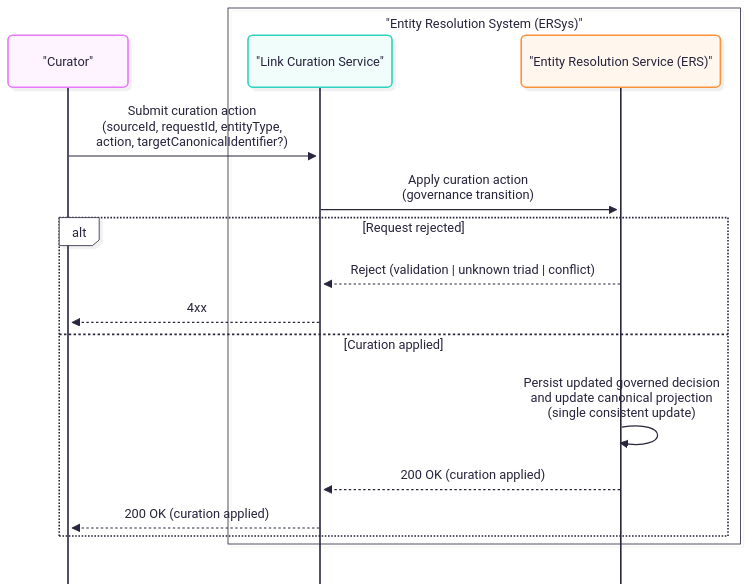
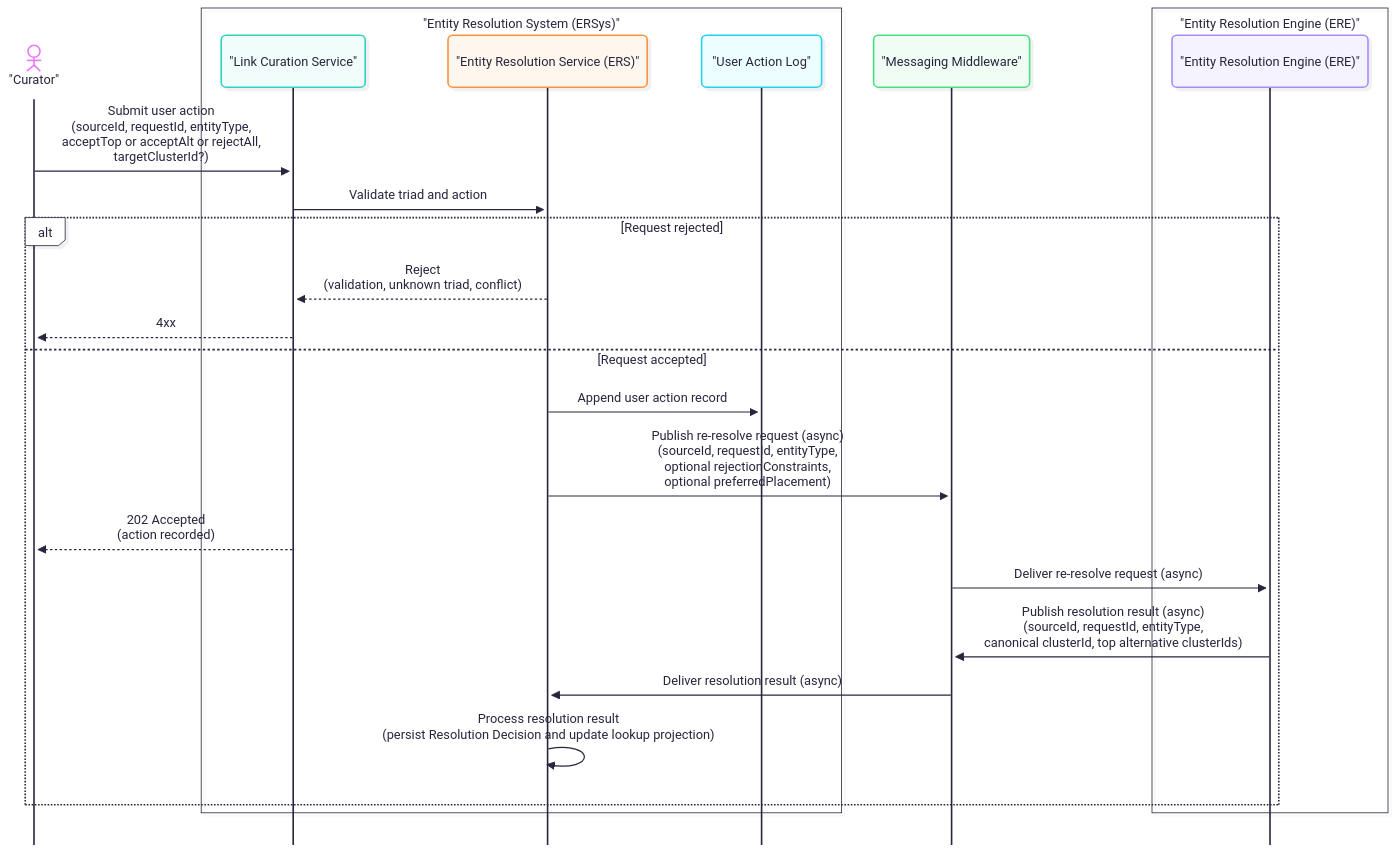
The diagram in docs/architecture/sequence_diagrams/spine-D-Curation-loop(simplified).mmd (OP-TED/entity-resolution-spec), drawn with Mermaid before and after one commit. The commit also changed 11 other files, not shown here.

First line of the commit message:
update sequence diagrams

```diff
--- a/docs/architecture/sequence_diagrams/spine-D-Curation-loop(simplified).mmd
+++ b/docs/architecture/sequence_diagrams/spine-D-Curation-loop(simplified).mmd
@@ -1,36 +1,46 @@
 ---
 config:
   look: neo
   theme: redux-color
   mirrorActors: false
   sequence:
     bottomMarginAdj: 0.1
 ---
 sequenceDiagram
-%% Maps to EA diagram: UML Sequence (Spine D – simplified, governance-complete)
-%% Purpose: curator governance action results in updated governed decision and updated canonical projection.
-%% Excludes: store-level choreography, UI browsing, ERE/messaging.
+%% Maps to EA diagram: UML Sequence (Spine D)
+%% Purpose: curator submits a user action (acceptTop, acceptAlt, rejectAll) that is logged and forwarded to ERE
+%% Focus: user action log, async re-resolve, later UI refresh when results arrive
+%% Excludes: decision browsing, detailed store choreography, scoring internals
 
-participant Curator as "Curator"
+actor Curator as "Curator"
 
 box "Entity Resolution System (ERSys)"
     participant LinkCurationSvc as "Link Curation Service"
     participant ERS as "Entity Resolution Service (ERS)"
+    participant UserActionLog as "User Action Log"
 end
 
-Curator ->> LinkCurationSvc: Submit curation action<br/>(sourceId, requestId, entityType,<br/>action, targetCanonicalIdentifier?)
-LinkCurationSvc ->> ERS: Apply curation action <br> (governance transition)
+participant MessagingMiddleware as "Messaging Middleware"
+
+box "Entity Resolution Engine (ERE)"
+    participant ERE as "Entity Resolution Engine (ERE)"
+end
+
+Curator ->> LinkCurationSvc: Submit user action<br/>(sourceId, requestId, entityType,<br/>acceptTop or acceptAlt or rejectAll,<br/>targetClusterId?)
+LinkCurationSvc ->> ERS: Validate triad and action
 
 alt Request rejected
-    ERS -->> LinkCurationSvc: Reject (validation | unknown triad | conflict)
+    ERS -->> LinkCurationSvc: Reject<br/>(validation, unknown triad, conflict)
     LinkCurationSvc -->> Curator: 4xx
-else Curation applied
-    ERS ->> ERS: Persist updated governed decision<br/>and update canonical projection <br> (single consistent update)
-    ERS -->> LinkCurationSvc: 200 OK (curation applied)
-    LinkCurationSvc -->> Curator: 200 OK (curation applied)
+else Request accepted
+    ERS ->> UserActionLog: Append user action record
+    ERS ->> MessagingMiddleware: Publish re-resolve request (async)<br/>(sourceId, requestId, entityType,<br/>optional rejectionConstraints,<br/>optional preferredPlacement)
+    LinkCurationSvc -->> Curator: 202 Accepted<br/>(action recorded)
+
+    MessagingMiddleware ->> ERE: Deliver re-resolve request (async)
+    ERE ->> MessagingMiddleware: Publish resolution result (async)<br/>(sourceId, requestId, entityType,<br/>canonical clusterId, top alternative clusterIds)
+    MessagingMiddleware ->> ERS: Deliver resolution result (async)
+    ERS ->> ERS: Process resolution result<br/>(persist Resolution Decision and update lookup projection)
 end
 
-%% note right of ERS
-%%   Curator actions are authoritative locks and override automation.
-%%   The canonical assignment exposed by lookup reflects the current governed decision.
-%% end
+%% note right of LinkCurationSvc: The UI may refresh by polling decision preview or bulk refresh<br/>until it observes the updated cluster assignment
```
